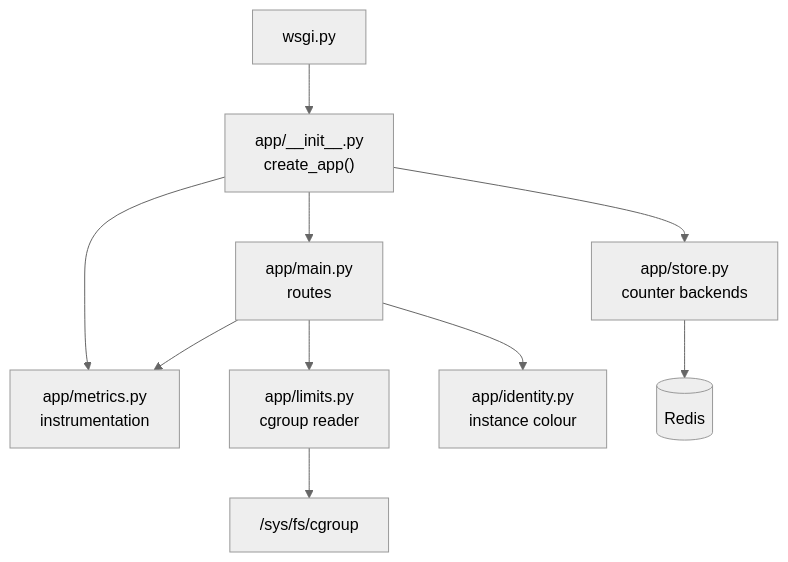
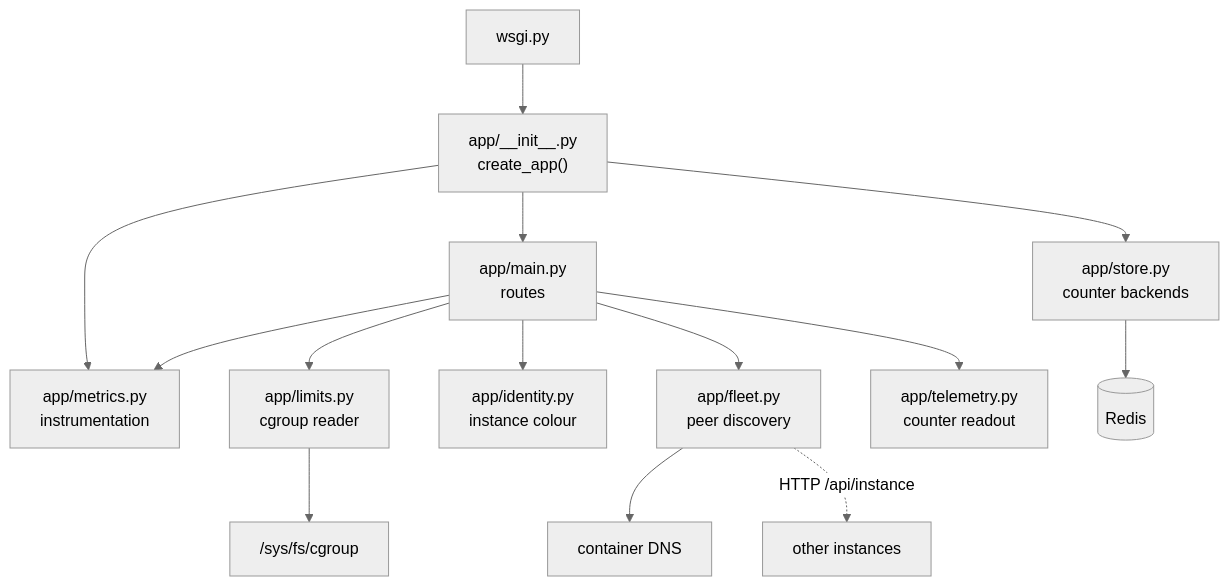
One commit to GeorgeLukaanya/where-am-I--running changed the first of 3 diagrams in docs/system-design.md. Above: the diagram before and after it, drawn with Mermaid (neutral theme). The commit also changed other lines of this file and 11 other files, not shown here.

````diff
--- a/docs/system-design.md
+++ b/docs/system-design.md
@@ -38,12 +40,16 @@
 ```mermaid
 graph TD
     wsgi[wsgi.py] --> factory["app/__init__.py<br/>create_app()"]
     factory --> store["app/store.py<br/>counter backends"]
     factory --> metrics["app/metrics.py<br/>instrumentation"]
     factory --> main["app/main.py<br/>routes"]
     main --> limits["app/limits.py<br/>cgroup reader"]
     main --> identity["app/identity.py<br/>instance colour"]
+    main --> fleetmod["app/fleet.py<br/>peer discovery"]
+    main --> telemetry["app/telemetry.py<br/>counter readout"]
+    fleetmod --> dns["container DNS"]
+    fleetmod -.->|"HTTP /api/instance"| peers["other instances"]
     main --> metrics
     store --> redis[(Redis)]
     limits --> cgroup["/sys/fs/cgroup"]
 ```
````
